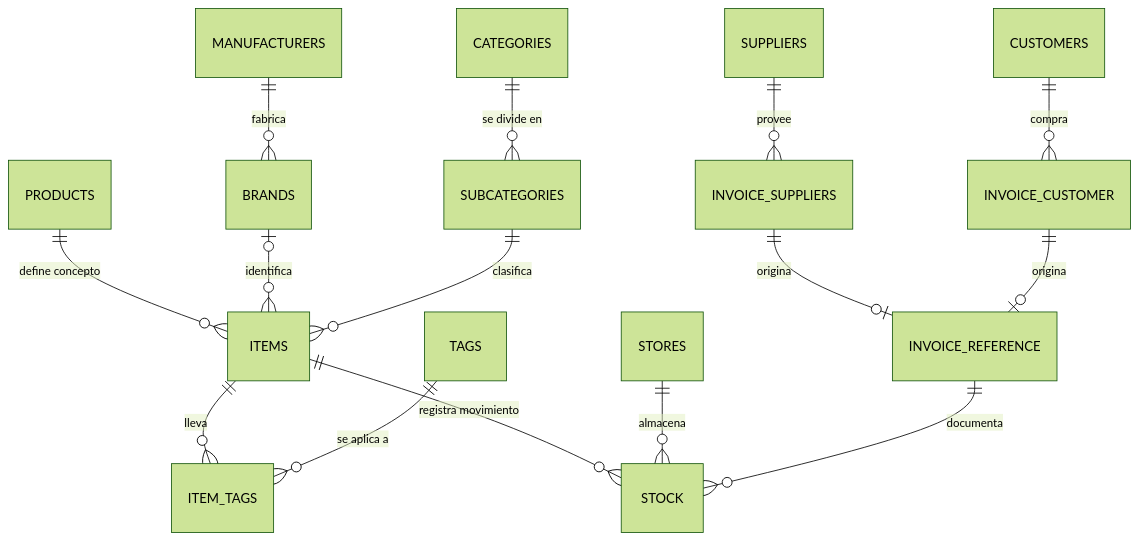
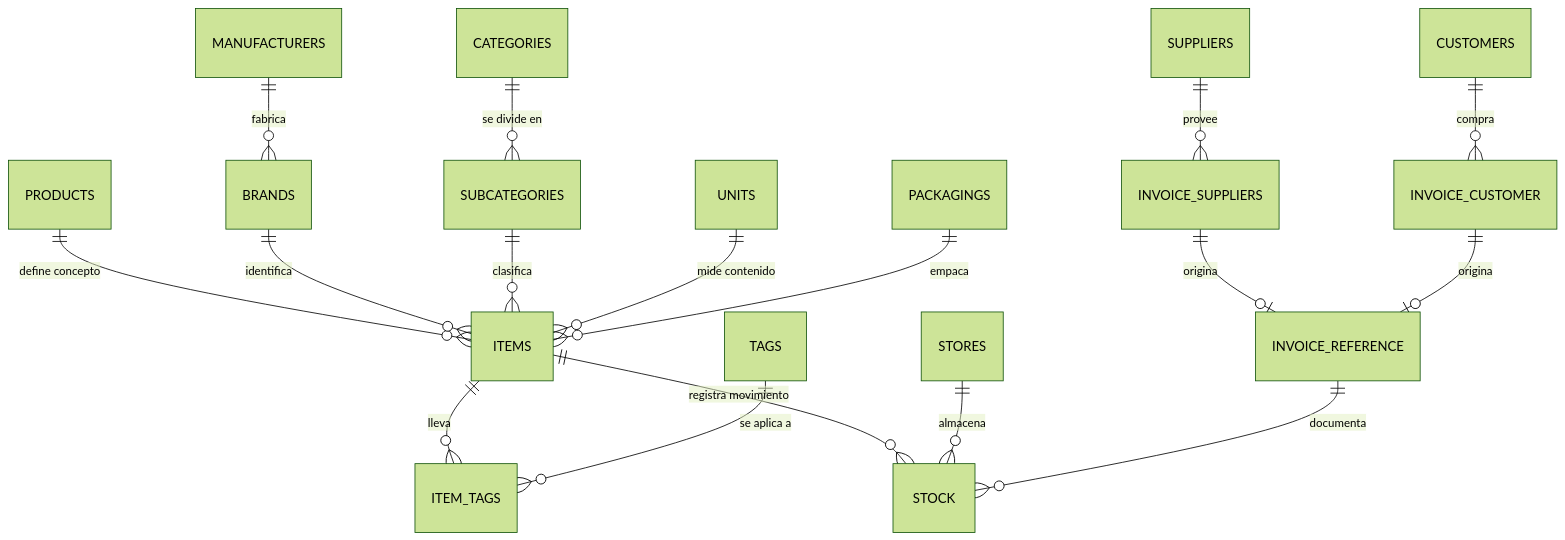
Before and after one commit to carlos-sweb/manifiest: the diagram in src/md/items/index.md, drawn with Mermaid (forest theme). The commit also changed other lines of this file and 1 other file, not shown here.

First line of the commit message:
feat(items): presentación tipada, units/packagings y reglas General

````diff
--- a/src/md/items/index.md
+++ b/src/md/items/index.md
@@ -128,17 +128,19 @@
 ```mermaid
 erDiagram
     MANUFACTURERS ||--o{ BRANDS : "fabrica"
     PRODUCTS ||--o{ ITEMS : "define concepto"
-    BRANDS |o--o{ ITEMS : "identifica"
+    BRANDS ||--o{ ITEMS : "identifica"
     CATEGORIES ||--o{ SUBCATEGORIES : "se divide en"
     SUBCATEGORIES ||--o{ ITEMS : "clasifica"
+    UNITS ||--o{ ITEMS : "mide contenido"
+    PACKAGINGS ||--o{ ITEMS : "empaca"
     ITEMS ||--o{ ITEM_TAGS : "lleva"
     TAGS ||--o{ ITEM_TAGS : "se aplica a"
     ITEMS ||--o{ STOCK : "registra movimiento"
     STORES ||--o{ STOCK : "almacena"
     INVOICE_REFERENCE ||--o{ STOCK : "documenta"
     SUPPLIERS ||--o{ INVOICE_SUPPLIERS : "provee"
     CUSTOMERS ||--o{ INVOICE_CUSTOMER : "compra"
     INVOICE_SUPPLIERS ||--o| INVOICE_REFERENCE : "origina"
     INVOICE_CUSTOMER ||--o| INVOICE_REFERENCE : "origina"
 ```
````
